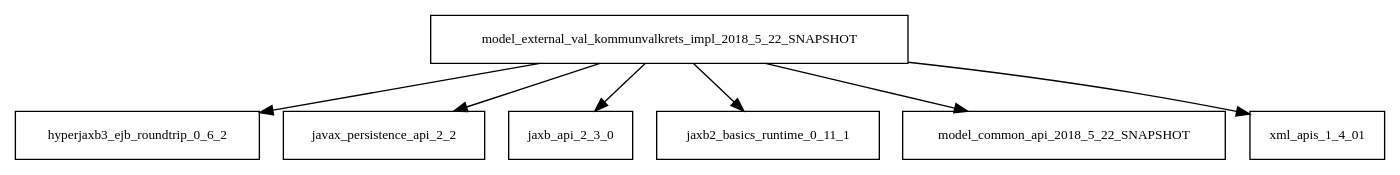
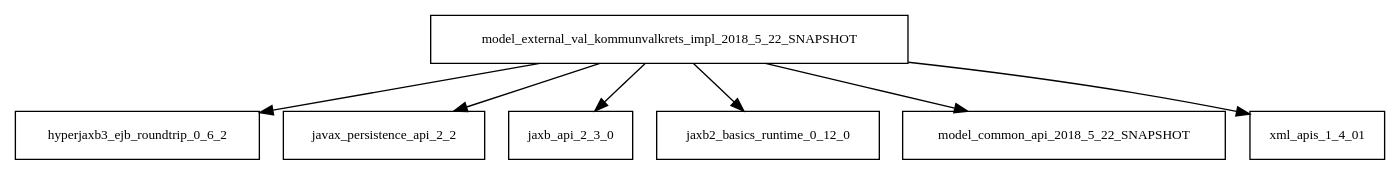
The diagram in tattleTaleReport/graphviz/model.external.val.kommunvalkrets.impl-2018.5.22-SNAPSHOT.jar/model.external.val.kommunvalkrets.impl-2018.5.22-SNAPSHOT.jar.dot (sjvs/cia), drawn with Graphviz before and after one commit. The commit also changed 2050 other files, not shown here.

```diff
--- a/tattleTaleReport/graphviz/model.external.val.kommunvalkrets.impl-2018.5.22-SNAPSHOT.jar/model.external.val.kommunvalkrets.impl-2018.5.22-SNAPSHOT.jar.dot
+++ b/tattleTaleReport/graphviz/model.external.val.kommunvalkrets.impl-2018.5.22-SNAPSHOT.jar/model.external.val.kommunvalkrets.impl-2018.5.22-SNAPSHOT.jar.dot
@@ -1,9 +1,9 @@
 digraph model_external_val_kommunvalkrets_impl_2018_5_22_SNAPSHOT_dependencies {
   node [shape = box, fontsize=10.0];
   model_external_val_kommunvalkrets_impl_2018_5_22_SNAPSHOT -> hyperjaxb3_ejb_roundtrip_0_6_2;
   model_external_val_kommunvalkrets_impl_2018_5_22_SNAPSHOT -> javax_persistence_api_2_2;
   model_external_val_kommunvalkrets_impl_2018_5_22_SNAPSHOT -> jaxb_api_2_3_0;
-  model_external_val_kommunvalkrets_impl_2018_5_22_SNAPSHOT -> jaxb2_basics_runtime_0_11_1;
+  model_external_val_kommunvalkrets_impl_2018_5_22_SNAPSHOT -> jaxb2_basics_runtime_0_12_0;
   model_external_val_kommunvalkrets_impl_2018_5_22_SNAPSHOT -> model_common_api_2018_5_22_SNAPSHOT;
   model_external_val_kommunvalkrets_impl_2018_5_22_SNAPSHOT -> xml_apis_1_4_01;
 }
```
